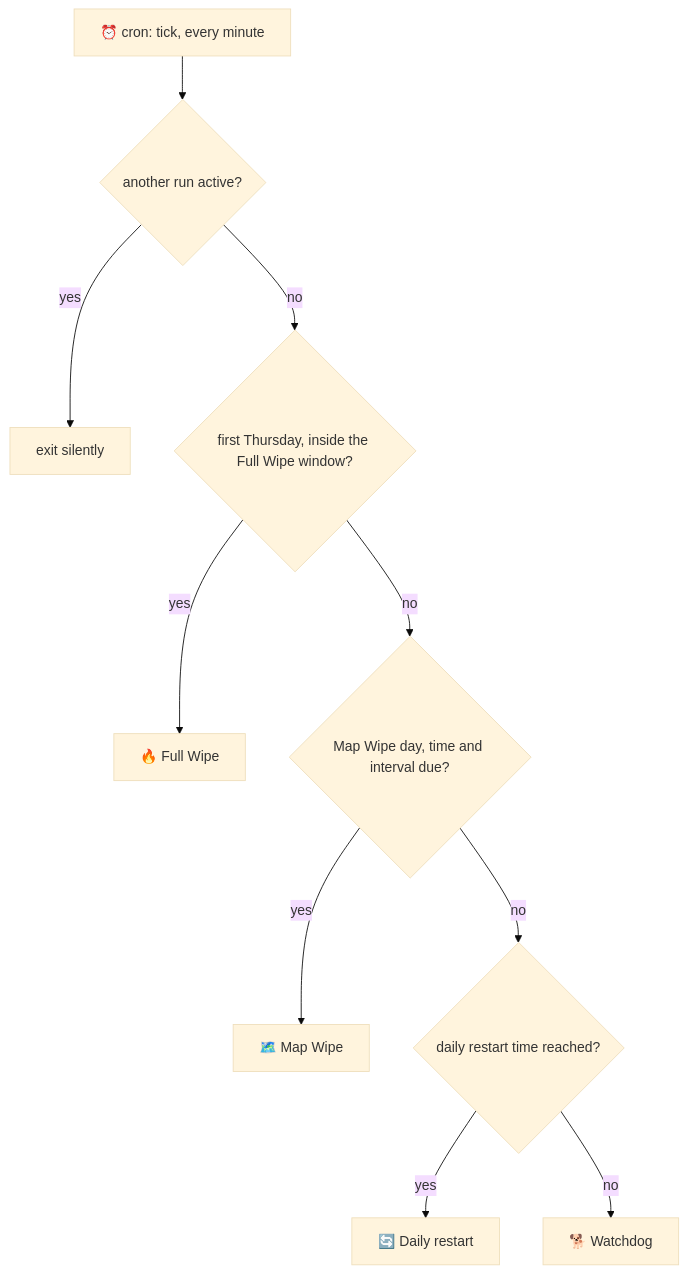
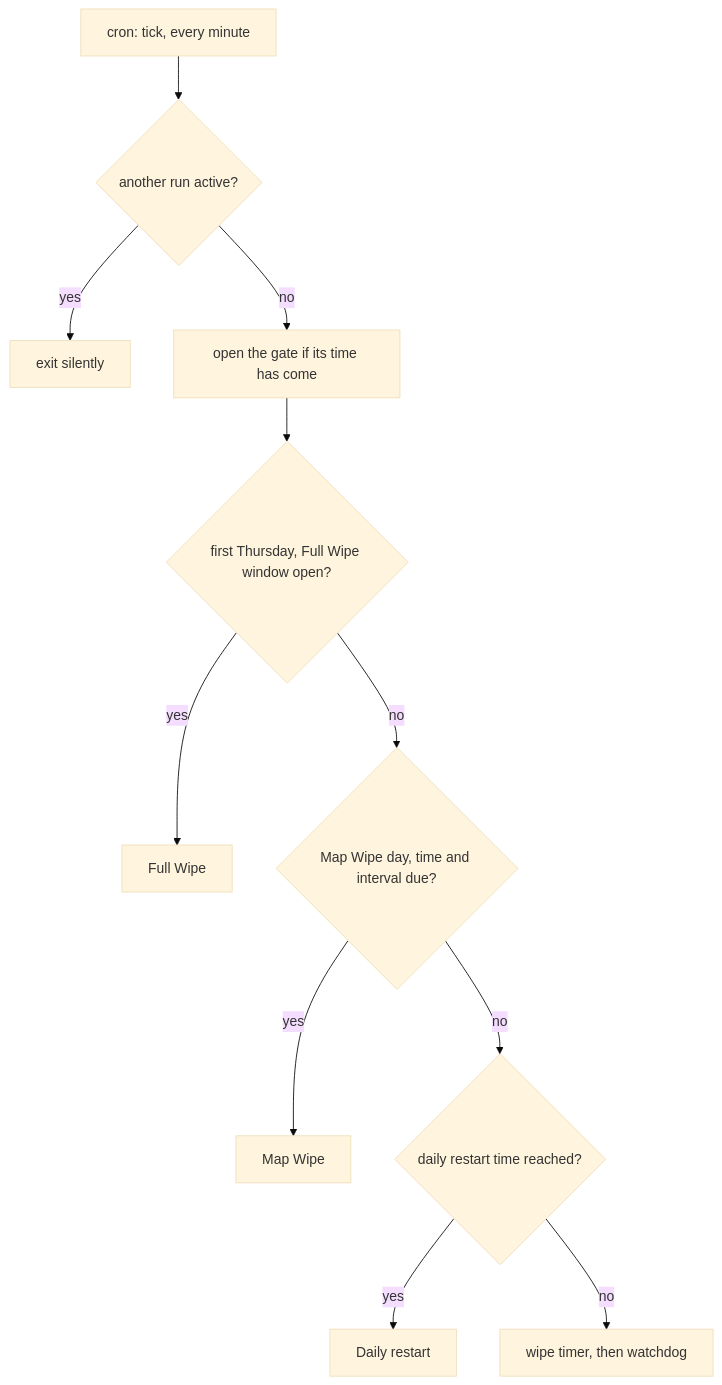
Before and after one commit to wobujidao/rust-wipe-manager: the first of 5 diagrams in README.md, drawn with Mermaid (base theme). The commit also changed other lines of this file and 4 other files, not shown here.

````diff
--- a/README.md
+++ b/README.md
@@ -138,12 +356,13 @@
 ```mermaid
-graph TD
-    TICK["⏰ cron: tick, every minute"] --> LOCK{"another run active?"}
-    LOCK -->|"yes"| EXIT["exit silently"]
-    LOCK -->|"no"| FW{"first Thursday, inside the Full Wipe window?"}
-    FW -->|"yes"| FWRUN["🔥 Full Wipe"]
-    FW -->|"no"| MW{"Map Wipe day, time and interval due?"}
-    MW -->|"yes"| MWRUN["🗺️ Map Wipe"]
-    MW -->|"no"| DR{"daily restart time reached?"}
-    DR -->|"yes"| DRRUN["🔄 Daily restart"]
-    DR -->|"no"| WD["🐕 Watchdog"]
+flowchart TD
+    T["cron: tick, every minute"] --> L{"another run active?"}
+    L -->|"yes"| Q["exit silently"]
+    L -->|"no"| G["open the gate if its time has come"]
+    G --> F{"first Thursday, Full Wipe window open?"}
+    F -->|"yes"| FW["Full Wipe"]
+    F -->|"no"| M{"Map Wipe day, time and interval due?"}
+    M -->|"yes"| MW["Map Wipe"]
+    M -->|"no"| D{"daily restart time reached?"}
+    D -->|"yes"| DR["Daily restart"]
+    D -->|"no"| W["wipe timer, then watchdog"]
 ```
````
